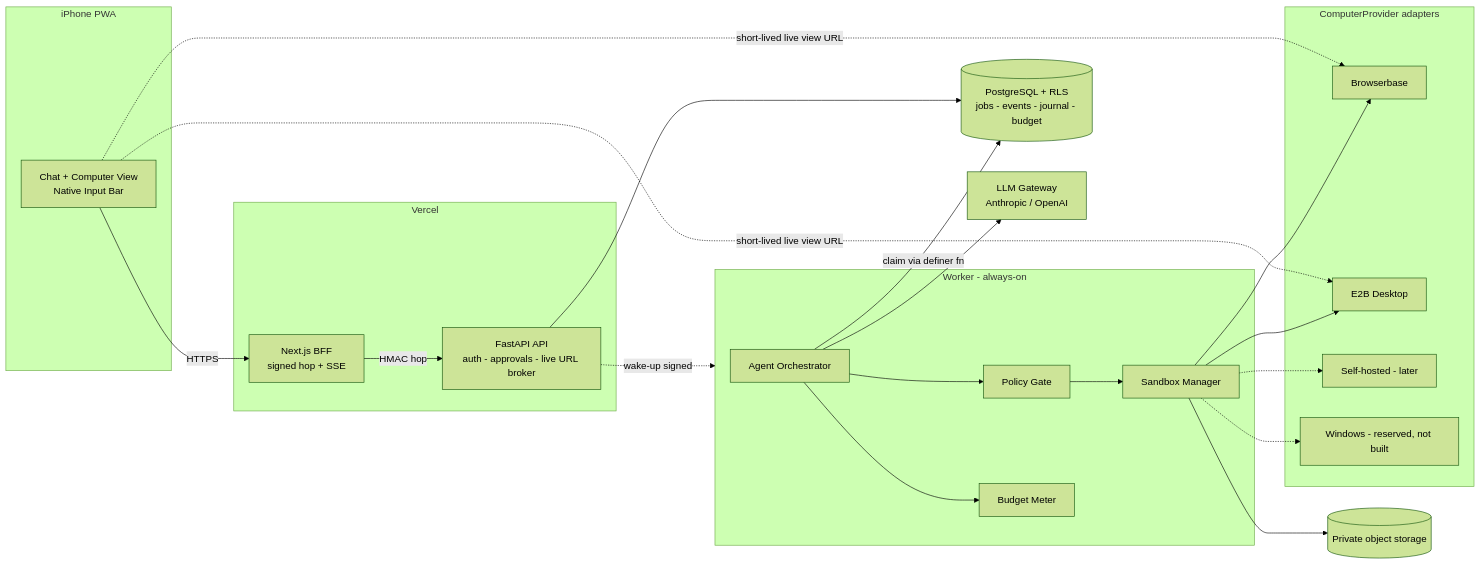
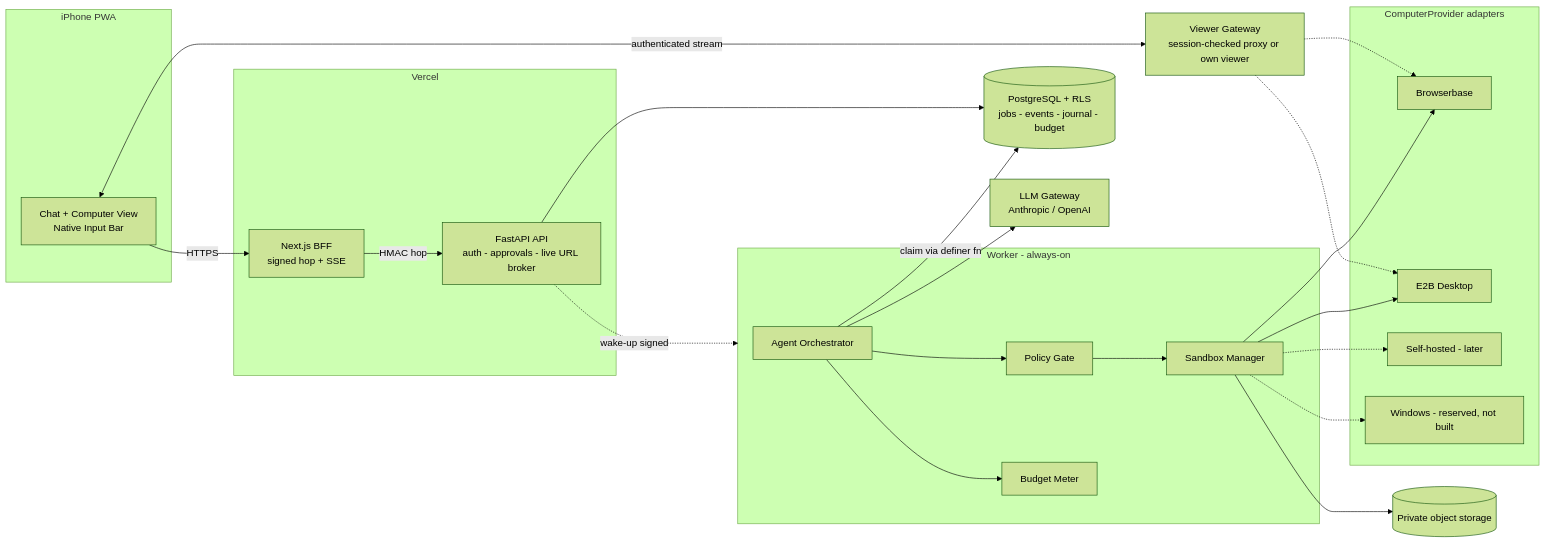
Before and after one commit to safwan5001-source/safwan-smart-assistant: the diagram in docs/architecture/SAFWAN-CLOUD-COMPUTER-MASTER-PLAN.md, drawn with Mermaid (forest theme). The commit also changed other lines of this file and 2 other files, not shown here.

First line of the commit message:
docs(architecture): require authenticated viewer path and network-level egress enforcement

````diff
--- a/docs/architecture/SAFWAN-CLOUD-COMPUTER-MASTER-PLAN.md
+++ b/docs/architecture/SAFWAN-CLOUD-COMPUTER-MASTER-PLAN.md
@@ -185,38 +185,39 @@
 ```mermaid
 flowchart LR
   subgraph C[iPhone PWA]
     UI[Chat + Computer View<br/>Native Input Bar]
   end
   subgraph V[Vercel]
     BFF[Next.js BFF<br/>signed hop + SSE]
     API[FastAPI API<br/>auth - approvals - live URL broker]
   end
   PG[(PostgreSQL + RLS<br/>jobs - events - journal - budget)]
   subgraph W[Worker - always-on]
     ORCH[Agent Orchestrator]
     GATE[Policy Gate]
     BUD[Budget Meter]
     SM[Sandbox Manager]
   end
   LLM[LLM Gateway<br/>Anthropic / OpenAI]
   subgraph P[ComputerProvider adapters]
     BB[Browserbase]
     E2B[E2B Desktop]
     PW[Self-hosted - later]
     WIN[Windows - reserved, not built]
   end
   OBJ[(Private object storage)]
   UI -->|HTTPS| BFF -->|HMAC hop| API --> PG
   API -. wake-up signed .-> W
   ORCH -->|claim via definer fn| PG
   ORCH --> LLM
   ORCH --> GATE --> SM
   ORCH --> BUD
   SM --> BB
   SM --> E2B
   SM -.-> PW
   SM -.-> WIN
   SM --> OBJ
-  UI -. short-lived live view URL .-> BB
-  UI -. short-lived live view URL .-> E2B
+  UI <-->|authenticated stream| VG[Viewer Gateway<br/>session-checked proxy or own viewer]
+  VG -.-> BB
+  VG -.-> E2B
 ```
````
